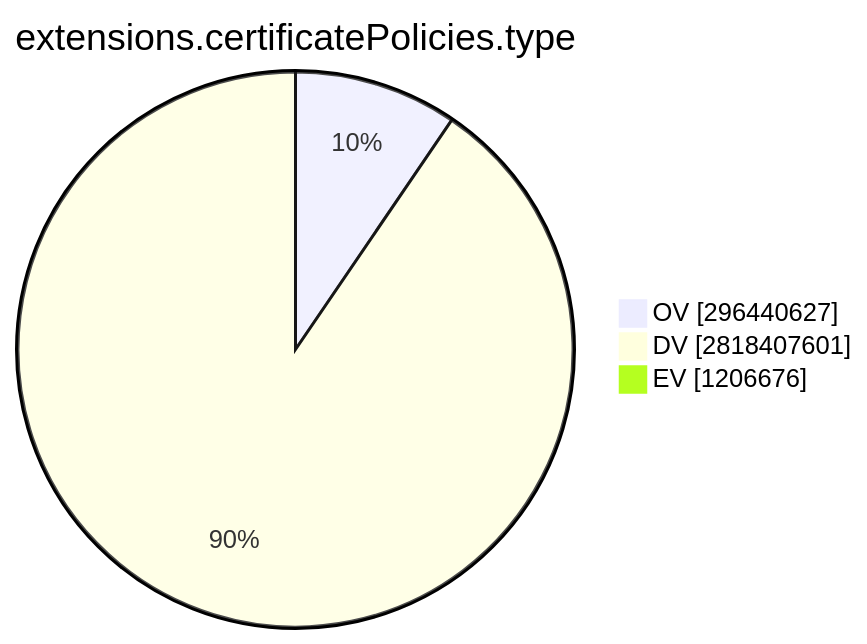
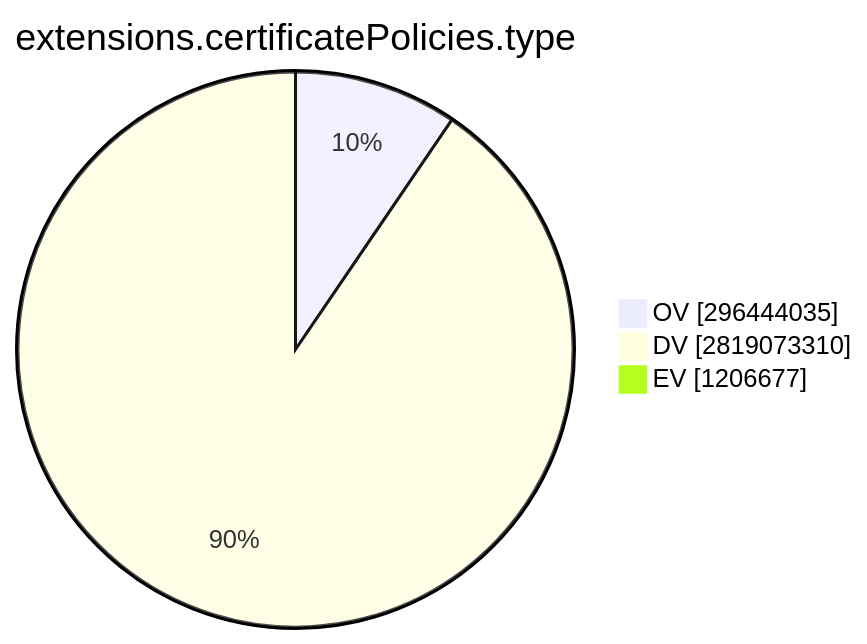
One commit to christiankrug/ctmonitor_visualization changed the ninth of 15 diagrams in TOTAL/README.md. Above: the diagram before and after it, drawn with Mermaid. The commit also changed other lines of this file, not shown here.

````diff
--- a/TOTAL/README.md
+++ b/TOTAL/README.md
@@ -3099,7 +3099,7 @@
 ```mermaid
 pie showData
 title extensions.certificatePolicies.type
-"OV" :296440627
-"DV" :2818407601
-"EV" :1206676
+"OV" :296444035
+"DV" :2819073310
+"EV" :1206677
 ```
````
